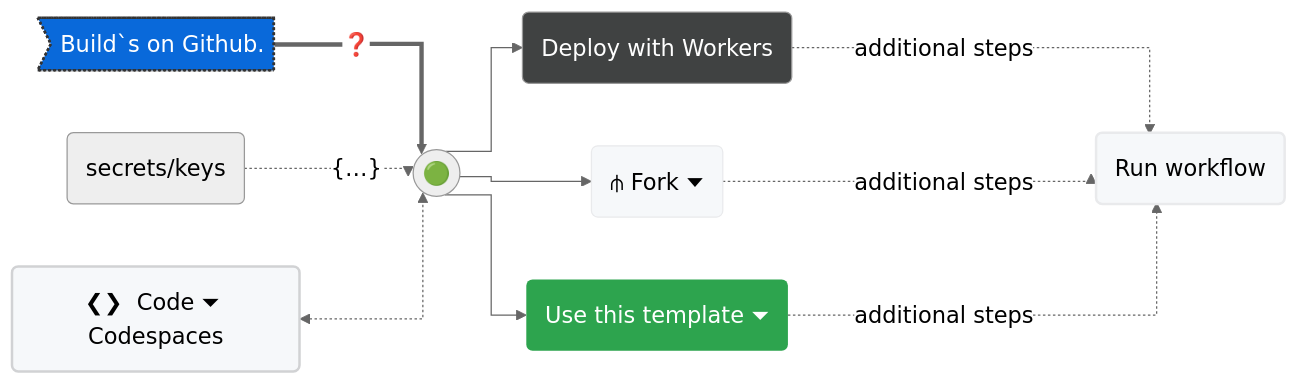
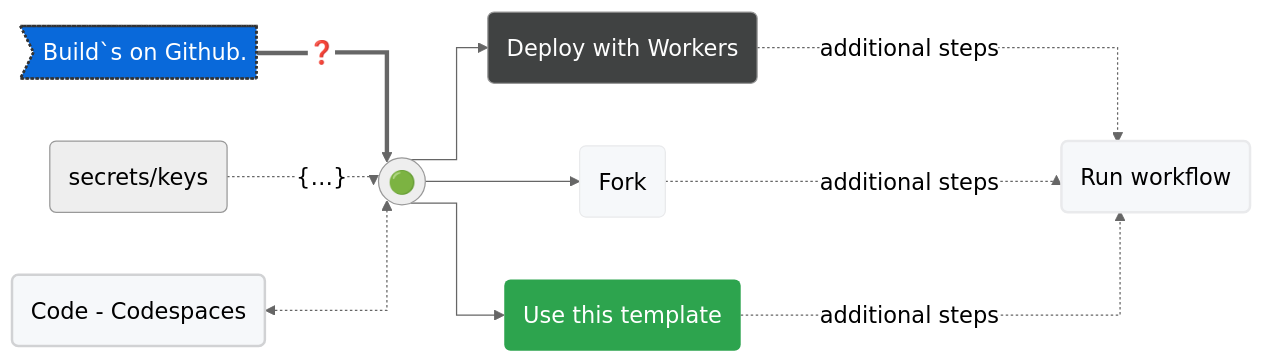
The diagram in README.md (milankomaj/dev-badge), drawn with Mermaid before and after one commit.

Commit message:
Update README.md
unicode

````diff
--- a/README.md
+++ b/README.md
@@ -12,29 +12,29 @@
 ```mermaid
 %%{init: {'theme': 'neutral', 'themeVariables': { 'fontSize': '18px'}}}%%
 %%{ init: { 'flowchart': { 'curve': 'stepAfter' } } }%%
 flowchart LR
 
 A>Build`s on Github.] ==> |"#10067;"| B
 X("secrets/keys") .->|"{#133;}"|B(("🟢"))
-G("#10094;#10095;  Code #9207; Codespaces") <.-> B(("🟢"))
+G(Code - Codespaces) <.-> B(("🟢"))
 B(("🟢")) --> C("Deploy with Workers")
-B(("🟢")) --> D("#10971; Fork #9207; ")
-B(("🟢")) --> E("Use this template #9207;")
+B(("🟢")) --> D(Fork)
+B(("🟢")) --> E(Use this template)
 C & D & E -..-> |"additional steps"| F("Run workflow")
 
 
 style F fill:#f6f8fa,stroke:#333,stroke-width:2px
 style C fill:#404242,color:#fefefe
 style D fill:#f6f8fa,stroke:#e9eaec
 style E fill:#2da44e,stroke-width:0px,color:#ffffff
 style F fill:#f6f8fa,stroke:#e9eaec
 style G fill:#f6f8fa,stroke:#d1d2d4,stroke-width:2px
 style A fill:#0969da,stroke:#333,stroke-width:2px,color:#fff,stroke-dasharray: 2 2
 
 click A "https://github.com/milankomaj/dev-badge"
 click D "https://github.com/milankomaj/dev-badge/fork"
 click E "https://github.com/milankomaj/dev-badge/generate"
 click G "https://github.com/codespaces"
 
 
 ```
````
